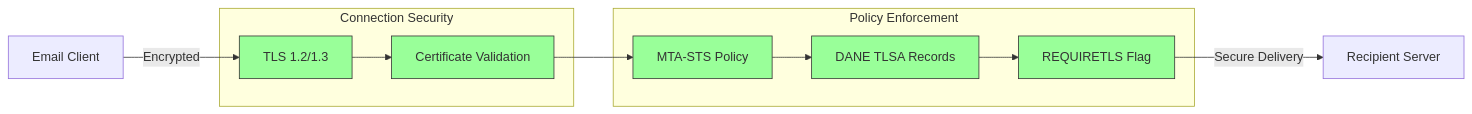
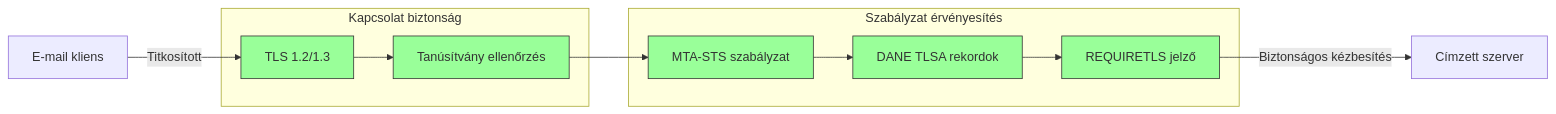
The sixth of 16 diagrams in app/views/docs/email-protocols-rfc-compliance-imap-smtp-pop3-comparison/index-hu.md (forwardemail/forwardemail.net), drawn with Mermaid before and after one commit. The commit also changed other lines of this file and 1055 other files, not shown here.

````diff
--- a/app/views/docs/email-protocols-rfc-compliance-imap-smtp-pop3-comparison/index-hu.md
+++ b/app/views/docs/email-protocols-rfc-compliance-imap-smtp-pop3-comparison/index-hu.md
@@ -781,26 +778,26 @@
 ```mermaid
 graph LR
-    subgraph "Connection Security"
+    subgraph "Kapcsolat biztonság"
         TLS[TLS 1.2/1.3]
-        CERT[Certificate Validation]
+        CERT[Tanúsítvány ellenőrzés]
     end
 
-    subgraph "Policy Enforcement"
-        MTASTS[MTA-STS Policy]
-        DANE[DANE TLSA Records]
-        REQTLS[REQUIRETLS Flag]
+    subgraph "Szabályzat érvényesítés"
+        MTASTS[MTA-STS szabályzat]
+        DANE[DANE TLSA rekordok]
+        REQTLS[REQUIRETLS jelző]
     end
 
-    Client[Email Client] -->|Encrypted| TLS
+    Client[E-mail kliens] -->|Titkosított| TLS
     TLS --> CERT
     CERT --> MTASTS
     MTASTS --> DANE
     DANE --> REQTLS
-    REQTLS -->|Secure Delivery| Server[Recipient Server]
+    REQTLS -->|Biztonságos kézbesítés| Server[Címzett szerver]
 
     style TLS fill:#9f9,stroke:#333
     style CERT fill:#9f9,stroke:#333
     style MTASTS fill:#9f9,stroke:#333
     style DANE fill:#9f9,stroke:#333
     style REQTLS fill:#9f9,stroke:#333
 ```
````
